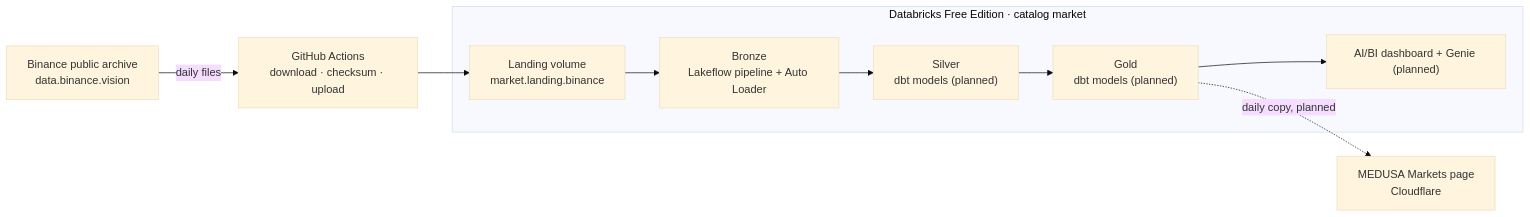
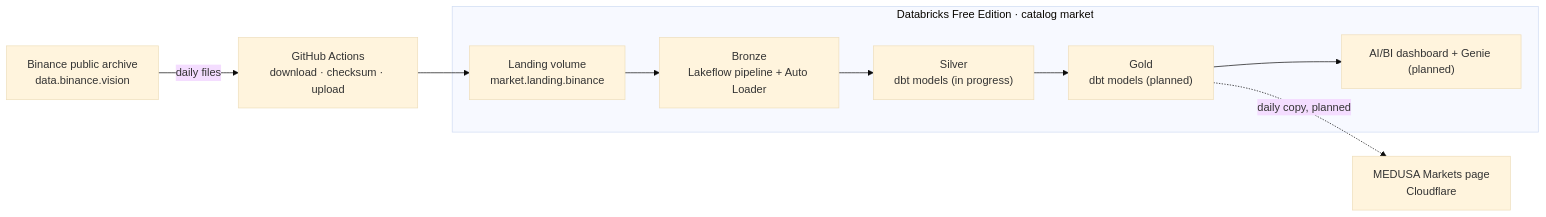
One commit to shivam65-sketch/medusa changed the diagram in lakehouse/README.md. Above: the diagram before and after it, drawn with Mermaid (base theme). The commit also changed other lines of this file and 9 other files, not shown here.

````diff
--- a/lakehouse/README.md
+++ b/lakehouse/README.md
@@ -12,12 +12,12 @@
 ```mermaid
 flowchart LR
   A["Binance public archive<br>data.binance.vision"] -->|daily files| B["GitHub Actions<br>download · checksum · upload"]
   B --> C["Landing volume<br>market.landing.binance"]
   subgraph D["Databricks Free Edition · catalog market"]
     C --> E["Bronze<br>Lakeflow pipeline + Auto Loader"]
-    E --> F["Silver<br>dbt models (planned)"]
+    E --> F["Silver<br>dbt models (in progress)"]
     F --> G["Gold<br>dbt models (planned)"]
     G --> H["AI/BI dashboard + Genie (planned)"]
   end
   G -.->|daily copy, planned| I["MEDUSA Markets page<br>Cloudflare"]
 ```
````
